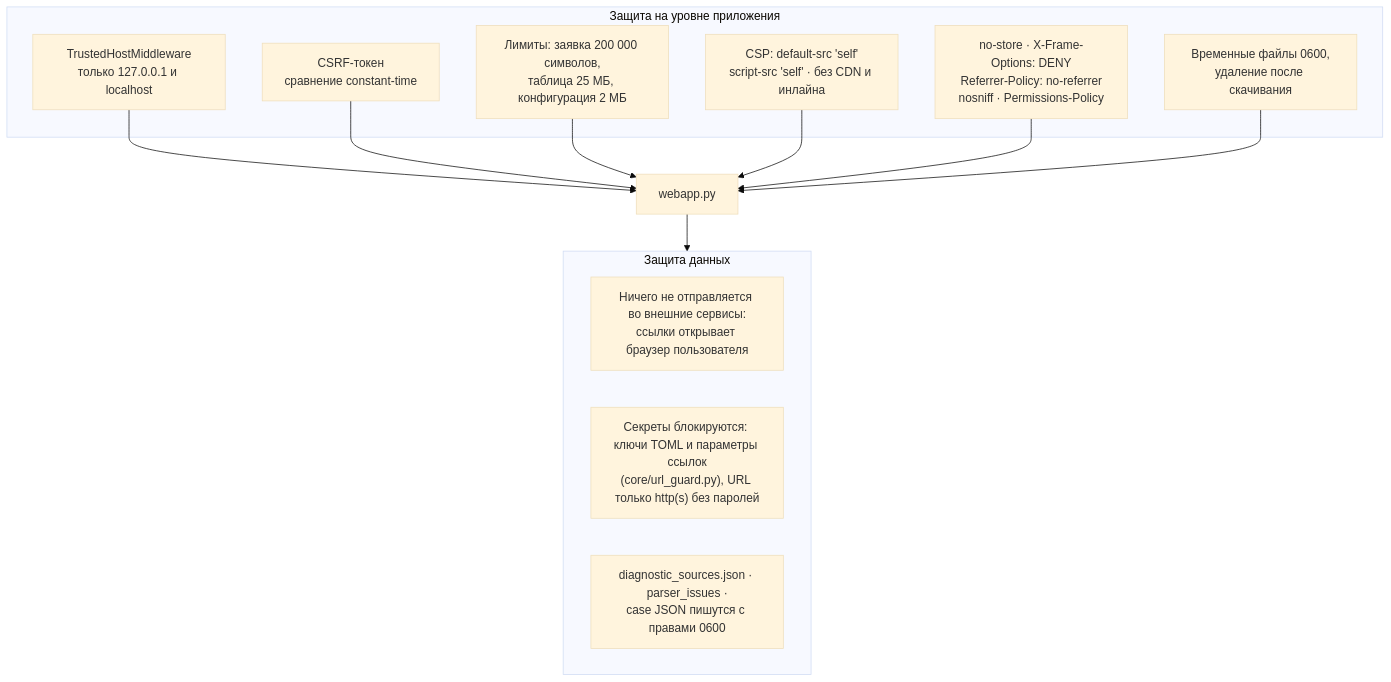
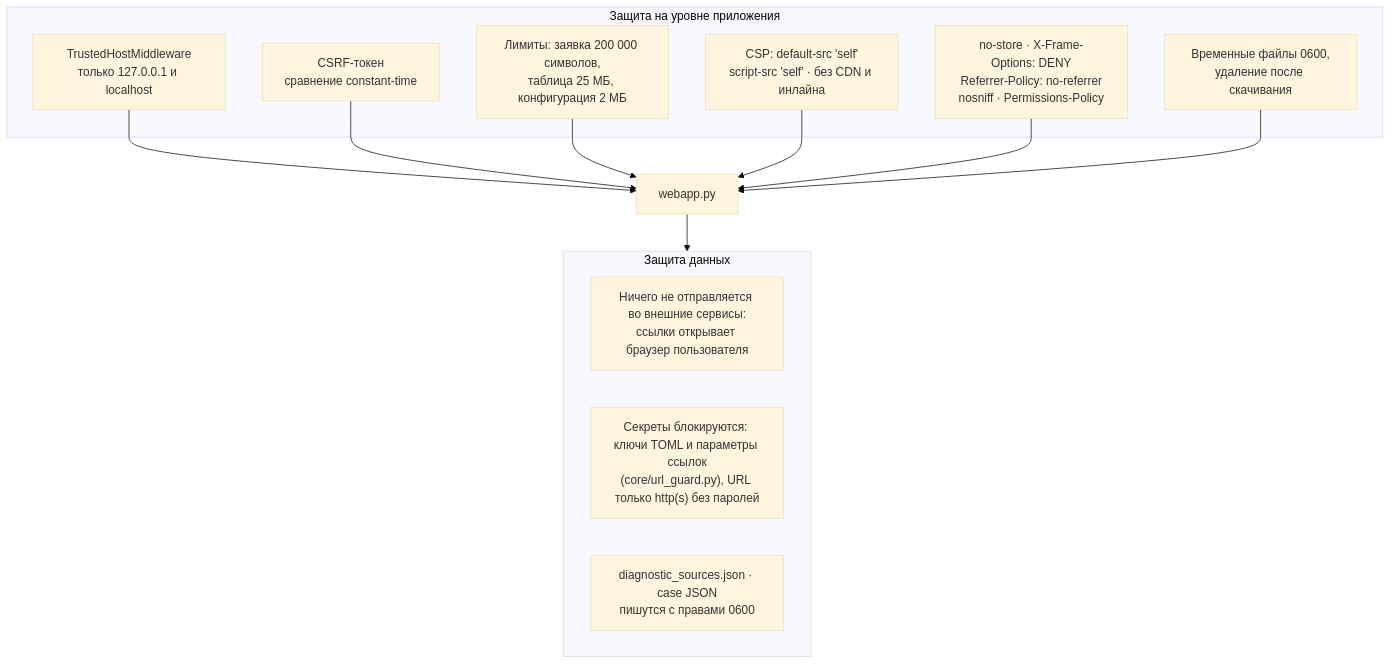
Before and after one commit to shifter1710/l2tool: diagram 11 of 12 in docs/ARCHITECTURE.md, drawn with Mermaid (base theme). The commit also changed other lines of this file and 26 other files, not shown here.

````diff
--- a/docs/ARCHITECTURE.md
+++ b/docs/ARCHITECTURE.md
@@ -507,25 +495,25 @@
 ```mermaid
 flowchart TB
     subgraph guard["Защита на уровне приложения"]
         host["TrustedHostMiddleware<br/>только 127.0.0.1 и localhost"]
         csrf["CSRF-токен<br/>сравнение constant-time"]
         limits["Лимиты: заявка 200 000 символов,<br/>таблица 25 МБ, конфигурация 2 МБ"]
         csp["CSP: default-src 'self'<br/>script-src 'self' · без CDN и инлайна"]
         headers["no-store · X-Frame-Options: DENY<br/>Referrer-Policy: no-referrer<br/>nosniff · Permissions-Policy"]
         tmp["Временные файлы 0600,<br/>удаление после скачивания"]
     end
 
     subgraph data["Защита данных"]
         local["Ничего не отправляется во внешние сервисы:<br/>ссылки открывает браузер пользователя"]
         secrets["Секреты блокируются: ключи TOML и параметры ссылок<br/>(core/url_guard.py), URL только http(s) без паролей"]
-        perms["diagnostic_sources.json · parser_issues ·<br/>case JSON пишутся с правами 0600"]
+        perms["diagnostic_sources.json · case JSON<br/>пишутся с правами 0600"]
     end
 
     host --> webapp3["webapp.py"]
     csrf --> webapp3
     limits --> webapp3
     csp --> webapp3
     headers --> webapp3
     tmp --> webapp3
     webapp3 --> data
 ```
````
